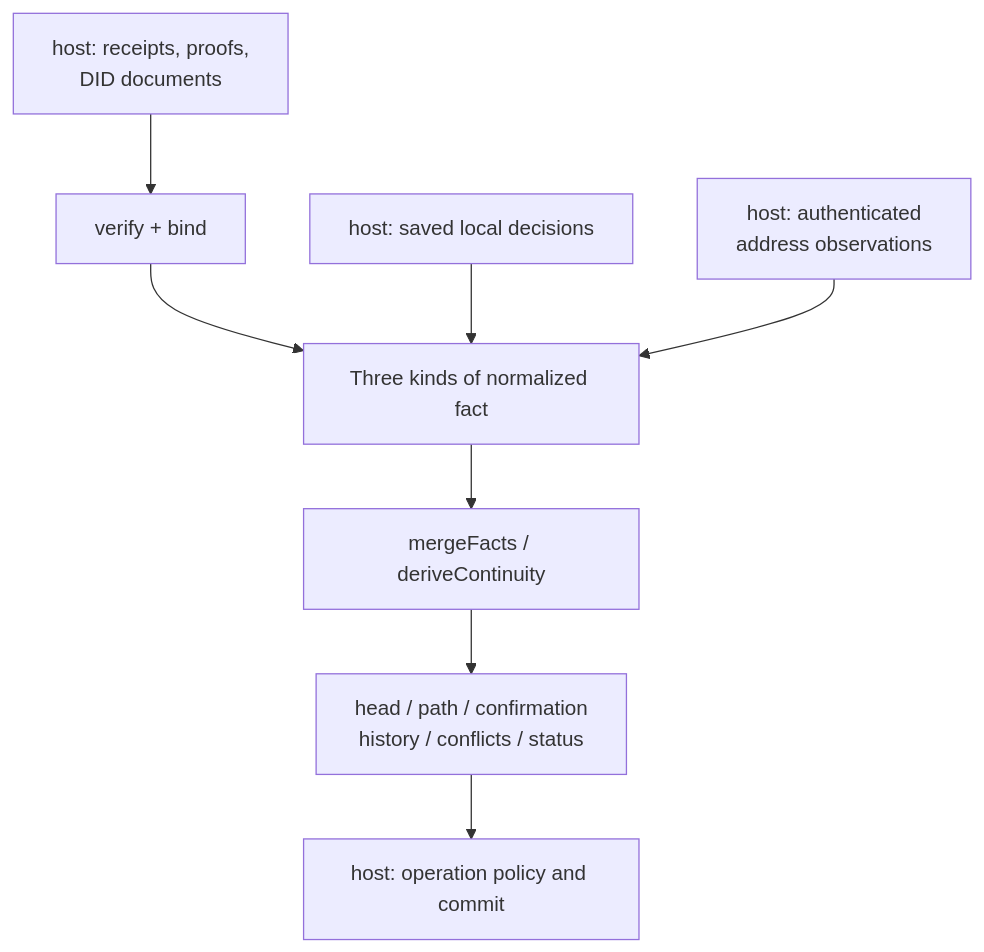
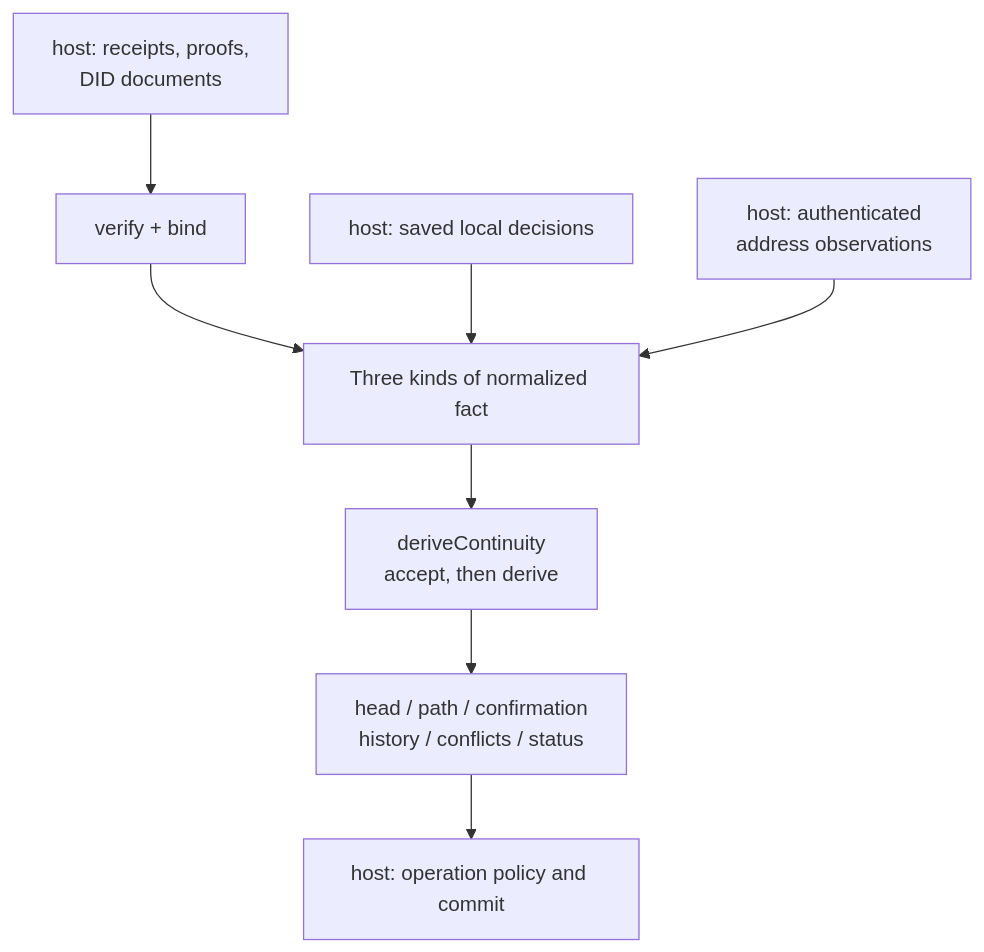
The first of 18 diagrams in packages/continuity/docs/guide.md (estoc-dev/estoc), drawn with Mermaid before and after one commit. The commit also changed other lines of this file and 35 other files, not shown here.

First line of the commit message:
Continuity facts keyed by evidence, accepted by the model (estoc-continuity/2) (#188)

````diff
--- a/packages/continuity/docs/guide.md
+++ b/packages/continuity/docs/guide.md
@@ -29,10 +31,10 @@
 ```mermaid
 flowchart TB
     R["host: receipts, proofs,<br/>DID documents"] --> V["verify + bind"]
     V --> F["Three kinds of normalized fact"]
     D["host: saved local decisions"] --> F
     O["host: authenticated<br/>address observations"] --> F
-    F --> M["mergeFacts / deriveContinuity"]
+    F --> M["deriveContinuity<br/>accept, then derive"]
     M --> Q["head / path / confirmation<br/>history / conflicts / status"]
     Q --> H["host: operation policy and commit"]
 ```
````
